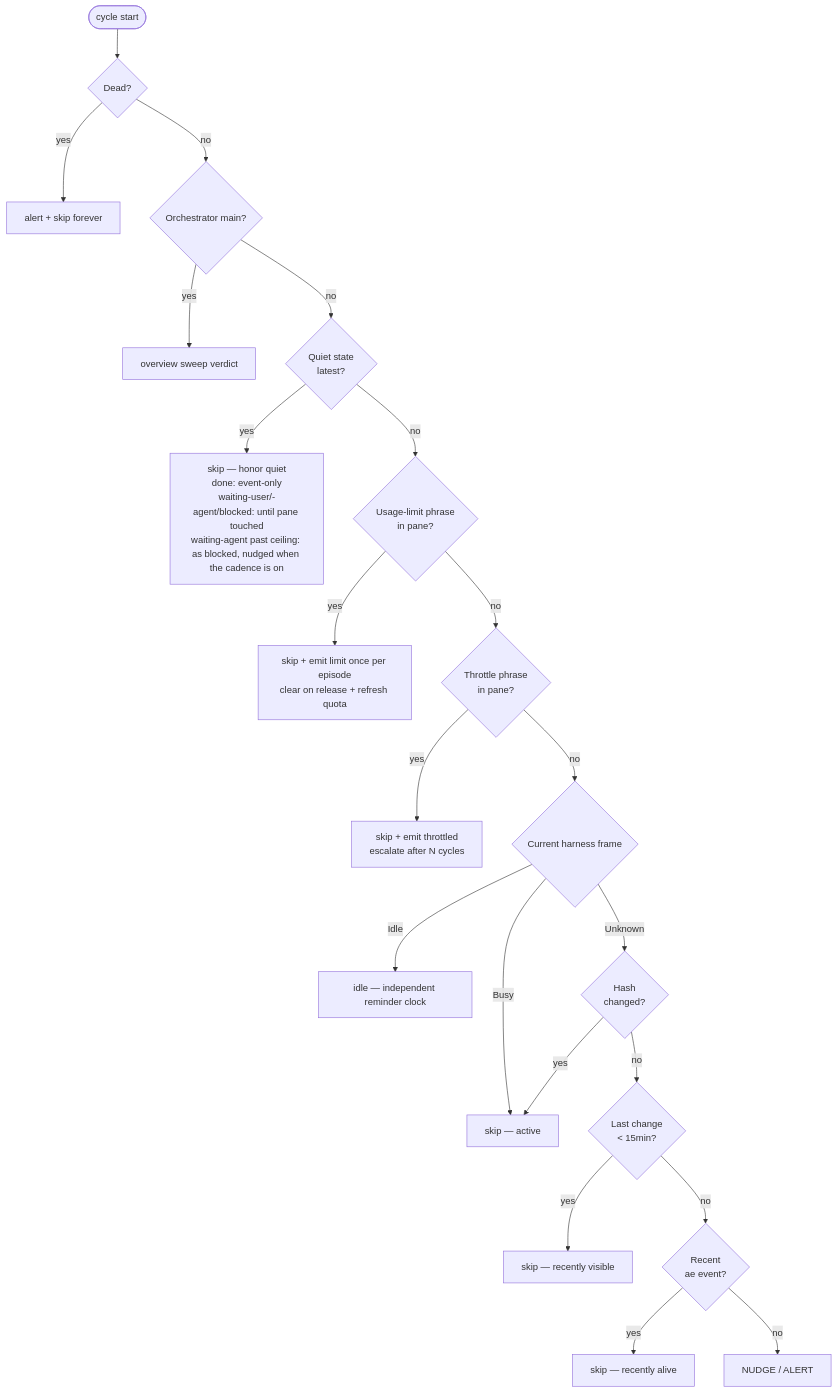
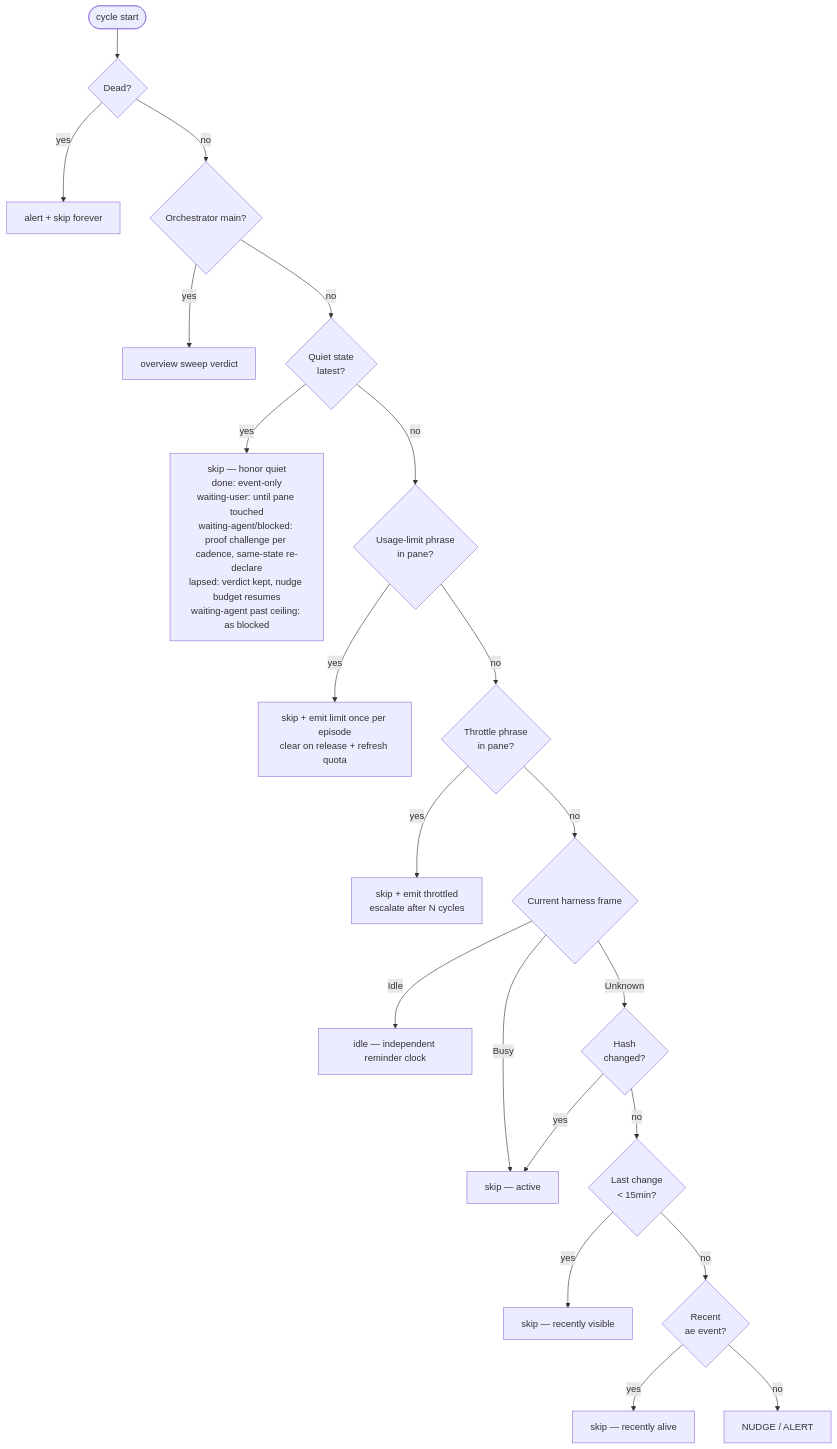
One commit to clemens33/ae changed the first of 2 diagrams in docs/internals/watchdog.md. Above: the diagram before and after it, drawn with Mermaid. The commit also changed other lines of this file and 12 other files, not shown here.

Commit message:
Extend done re-ask to waiting-agent and blocked (#144 follow-up)

````diff
--- a/docs/internals/watchdog.md
+++ b/docs/internals/watchdog.md
@@ -277,23 +277,23 @@
 ```mermaid
 flowchart TD
     Start([cycle start]) --> Dead{Dead?}
     Dead -- yes --> AlertDead[alert + skip forever]
     Dead -- no --> Meta{Orchestrator main?}
     Meta -- yes --> Sweep[overview sweep verdict]
     Meta -- no --> Done{Quiet state<br/>latest?}
-    Done -- yes --> SkipDone[skip — honor quiet<br/>done: event-only<br/>waiting-user/-agent/blocked: until pane touched<br/>waiting-agent past ceiling: as blocked, nudged when the cadence is on]
+    Done -- yes --> SkipDone[skip — honor quiet<br/>done: event-only<br/>waiting-user: until pane touched<br/>waiting-agent/blocked: proof challenge per cadence, same-state re-declare<br/>lapsed: verdict kept, nudge budget resumes<br/>waiting-agent past ceiling: as blocked]
     Done -- no --> Limit{Usage-limit phrase<br/>in pane?}
     Limit -- yes --> SkipLimit[skip + emit limit once per episode<br/>clear on release + refresh quota]
     Limit -- no --> Throttled{Throttle phrase<br/>in pane?}
     Throttled -- yes --> SkipThrottle[skip + emit throttled<br/>escalate after N cycles]
     Throttled -- no --> Frame{Current harness frame}
     Frame -- Busy --> MarkActive[working — clear stale alert]
     Frame -- Idle --> MarkIdle[idle — independent reminder clock]
     Frame -- Unknown --> Active{Hash<br/>changed?}
     Active -- yes --> MarkActive[skip — active]
     Active -- no --> RecentVis{Last change<br/>&lt; 15min?}
     RecentVis -- yes --> SkipVis[skip — recently visible]
     RecentVis -- no --> RecentAlive{Recent<br/>ae event?}
     RecentAlive -- yes --> SkipAlive[skip — recently alive]
     RecentAlive -- no --> Stale[NUDGE / ALERT]
 ```
````
